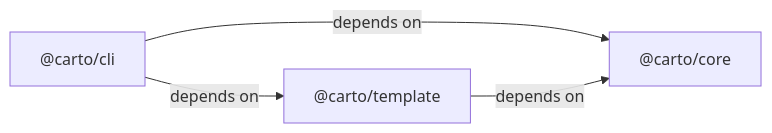
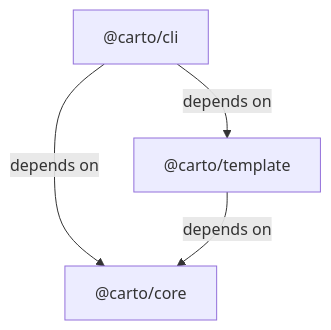
One commit to 5u4/carto changed the diagram in .carto/docs/overview/en.mdx. Above: the diagram before and after it, drawn with Mermaid. The commit also changed 20 other files, not shown here.

````diff
--- a/.carto/docs/overview/en.mdx
+++ b/.carto/docs/overview/en.mdx
@@ -20,6 +20,6 @@
 ```mermaid
-flowchart LR
+flowchart TD
     C["@carto/cli"] -->|depends on| K["@carto/core"]
     C -->|depends on| T["@carto/template"]
     T -->|depends on| K
 ```
````
